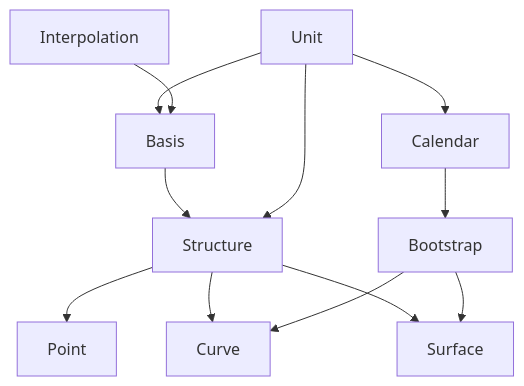
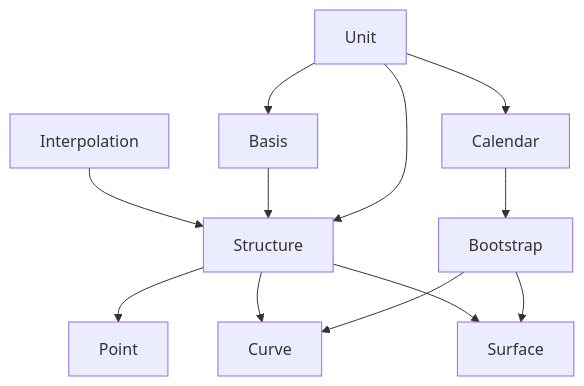
Before and after one commit to tristanvandevelde/finstruct: the diagram in README.md, drawn with Mermaid.

````diff
--- a/README.md
+++ b/README.md
@@ -32,14 +32,14 @@
 ```mermaid
 graph TD;
     Unit-->Basis;
-    Interpolation-->Basis;
+    Interpolation-->Structure;
     Unit-->Calendar;
     Basis-->Structure;
     Unit-->Structure;
     Structure-->Point;
     Structure-->Curve;
     Structure-->Surface;
     Calendar-->Bootstrap;
     Bootstrap-->Curve;
     Bootstrap-->Surface;
 ```
````
